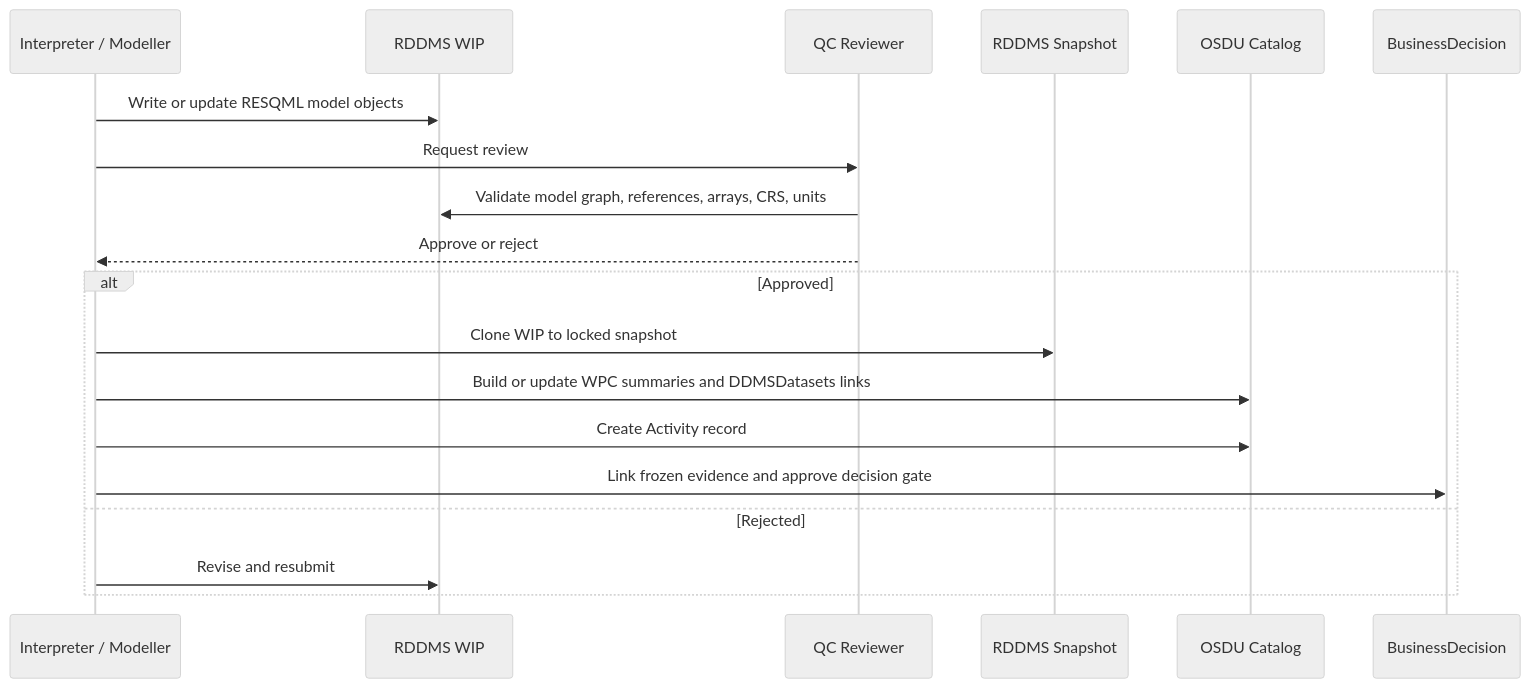
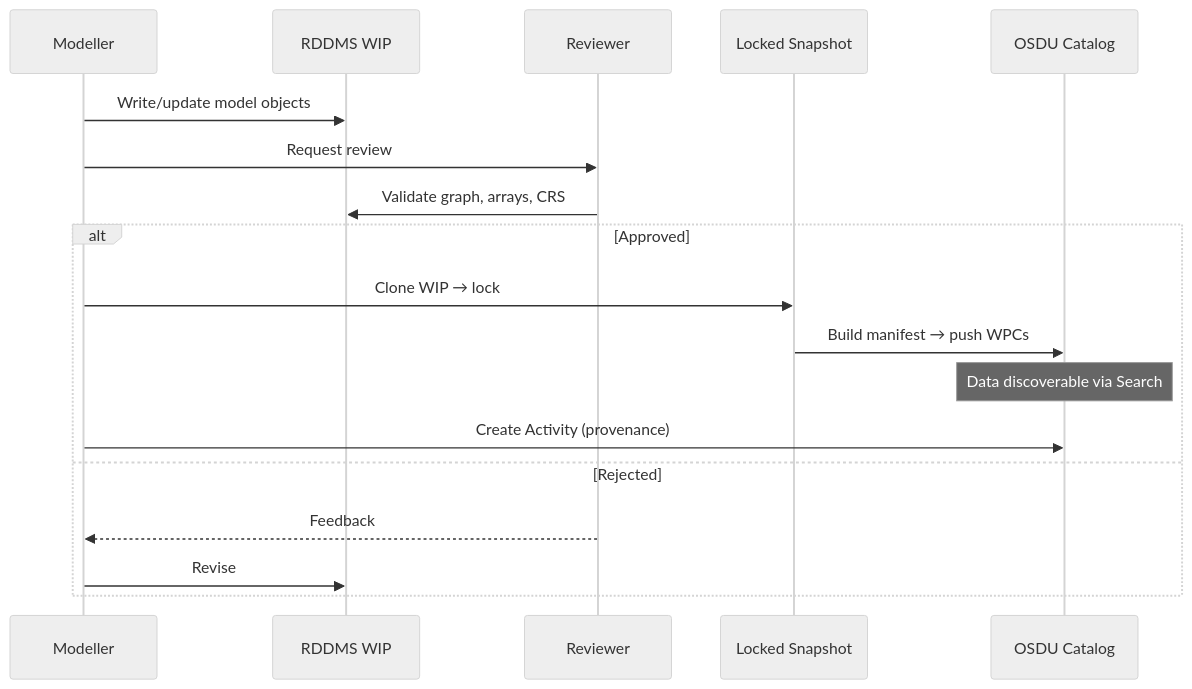
One commit to equinor/ores changed the fifth of 8 diagrams in md/RddmsGov.md. Above: the diagram before and after it, drawn with Mermaid (neutral theme). The commit also changed other lines of this file and 1 other file, not shown here.

First line of the commit message:
docs(RddmsGov): restructure as user-friendly governance guide

````diff
--- a/md/RddmsGov.md
+++ b/md/RddmsGov.md
@@ -705,23 +161,22 @@
 ```mermaid
 sequenceDiagram
-  participant User as Interpreter / Modeller
-  participant WIP as RDDMS WIP
-  participant QC as QC Reviewer
-  participant SNAP as RDDMS Snapshot
-  participant CAT as OSDU Catalog
-  participant BD as BusinessDecision
+    participant User as Modeller
+    participant WIP as RDDMS WIP
+    participant QC as Reviewer
+    participant SNAP as Locked Snapshot
+    participant CAT as OSDU Catalog
 
-  User->>WIP: Write or update RESQML model objects
-  User->>QC: Request review
-  QC->>WIP: Validate model graph, references, arrays, CRS, units
-  QC-->>User: Approve or reject
-
-  alt Approved
-    User->>SNAP: Clone WIP to locked snapshot
-    User->>CAT: Build or update WPC summaries and DDMSDatasets links
-    User->>CAT: Create Activity record
-    User->>BD: Link frozen evidence and approve decision gate
-  else Rejected
-    User->>WIP: Revise and resubmit
-  end
+    User->>WIP: Write/update model objects
+    User->>QC: Request review
+    QC->>WIP: Validate graph, arrays, CRS
+    
+    alt Approved
+        User->>SNAP: Clone WIP → lock
+        SNAP->>CAT: Build manifest → push WPCs
+        Note over CAT: Data discoverable via Search
+        User->>CAT: Create Activity (provenance)
+    else Rejected
+        QC-->>User: Feedback
+        User->>WIP: Revise
+    end
 ```
````
